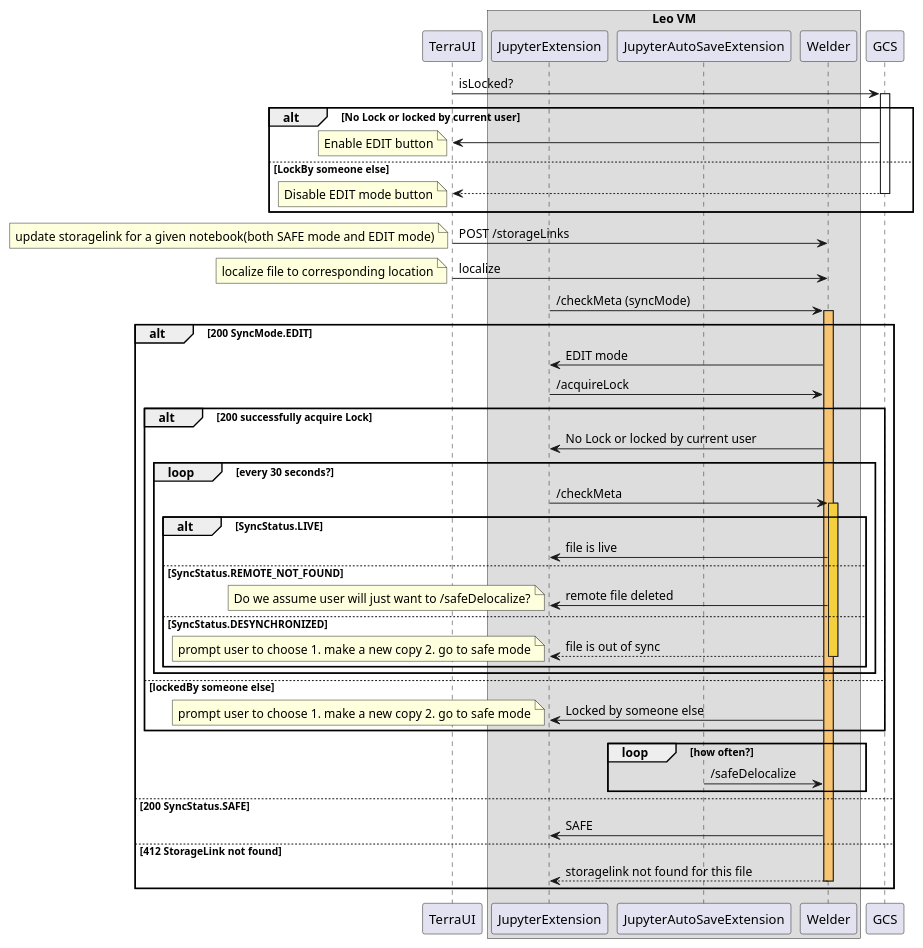
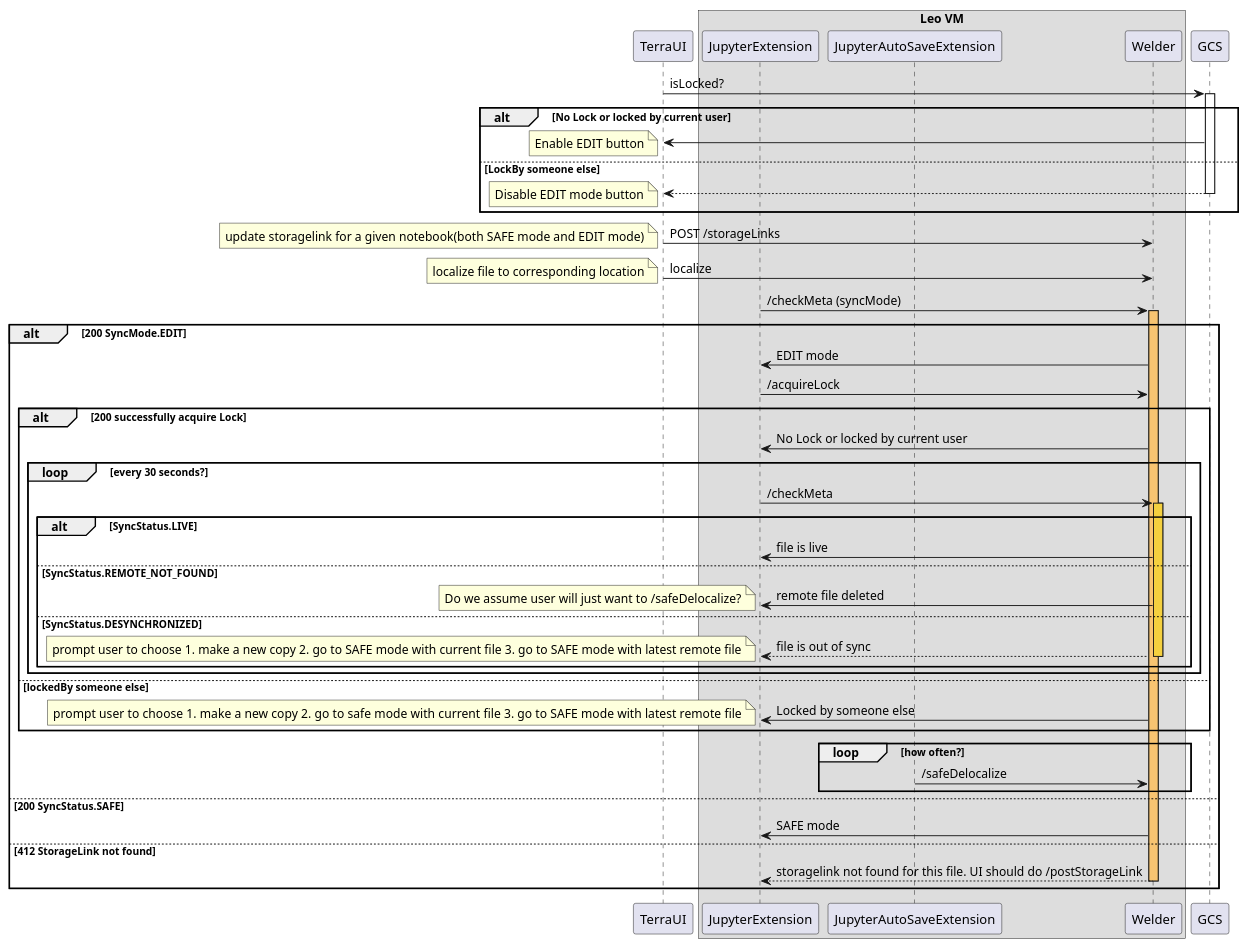
One commit to DataBiosphere/welder changed the diagram in server/src/main/resources/UI_Interaction.puml. Above: the diagram before and after it, drawn with PlantUML. The commit also changed 2 other files, not shown here.

```diff
--- a/server/src/main/resources/UI_Interaction.puml
+++ b/server/src/main/resources/UI_Interaction.puml
@@ -1,54 +1,54 @@
 @startuml
 participant TerraUI
 box "Leo VM"
     participant JupyterExtension
     participant JupyterAutoSaveExtension
     participant Welder
 end box
 participant GCS
 
 TerraUI -> GCS ++: isLocked?
 alt No Lock or locked by current user
     GCS -> TerraUI:
     note left: Enable EDIT button
 else LockBy someone else
     return
     note left: Disable EDIT mode button
 end
 TerraUI -> Welder: POST /storageLinks
 note left: update storagelink for a given notebook(both SAFE mode and EDIT mode)
 TerraUI -> Welder: localize
 note left: localize file to corresponding location
 
 JupyterExtension -> Welder ++ #F8C471: /checkMeta (syncMode)
 alt 200 SyncMode.EDIT
     Welder -> JupyterExtension: EDIT mode
     JupyterExtension -> Welder: /acquireLock
 
     alt 200 successfully acquire Lock
         Welder -> JupyterExtension: No Lock or locked by current user
         loop every 30 seconds?
             JupyterExtension -> Welder ++ #F4D03F: /checkMeta
             alt SyncStatus.LIVE
                 Welder -> JupyterExtension: file is live
             else SyncStatus.REMOTE_NOT_FOUND
                 Welder -> JupyterExtension: remote file deleted
                 note left: Do we assume user will just want to /safeDelocalize?
             else SyncStatus.DESYNCHRONIZED
                 return file is out of sync
-                note left: prompt user to choose 1. make a new copy 2. go to safe mode
+                note left: prompt user to choose 1. make a new copy 2. go to SAFE mode with current file 3. go to SAFE mode with latest remote file
             end
         end
     else lockedBy someone else
         Welder -> JupyterExtension: Locked by someone else
-        note left: prompt user to choose 1. make a new copy 2. go to safe mode
+        note left: prompt user to choose 1. make a new copy  2. go to safe mode with current file 3. go to SAFE mode with latest remote file
     end
     loop how often?
         JupyterAutoSaveExtension -> Welder: /safeDelocalize
     end
 else 200 SyncStatus.SAFE
-    Welder -> JupyterExtension: SAFE
+    Welder -> JupyterExtension: SAFE mode
 else 412 StorageLink not found
-    return storagelink not found for this file
+    return storagelink not found for this file. UI should do /postStorageLink
 end
 @enduml
```
